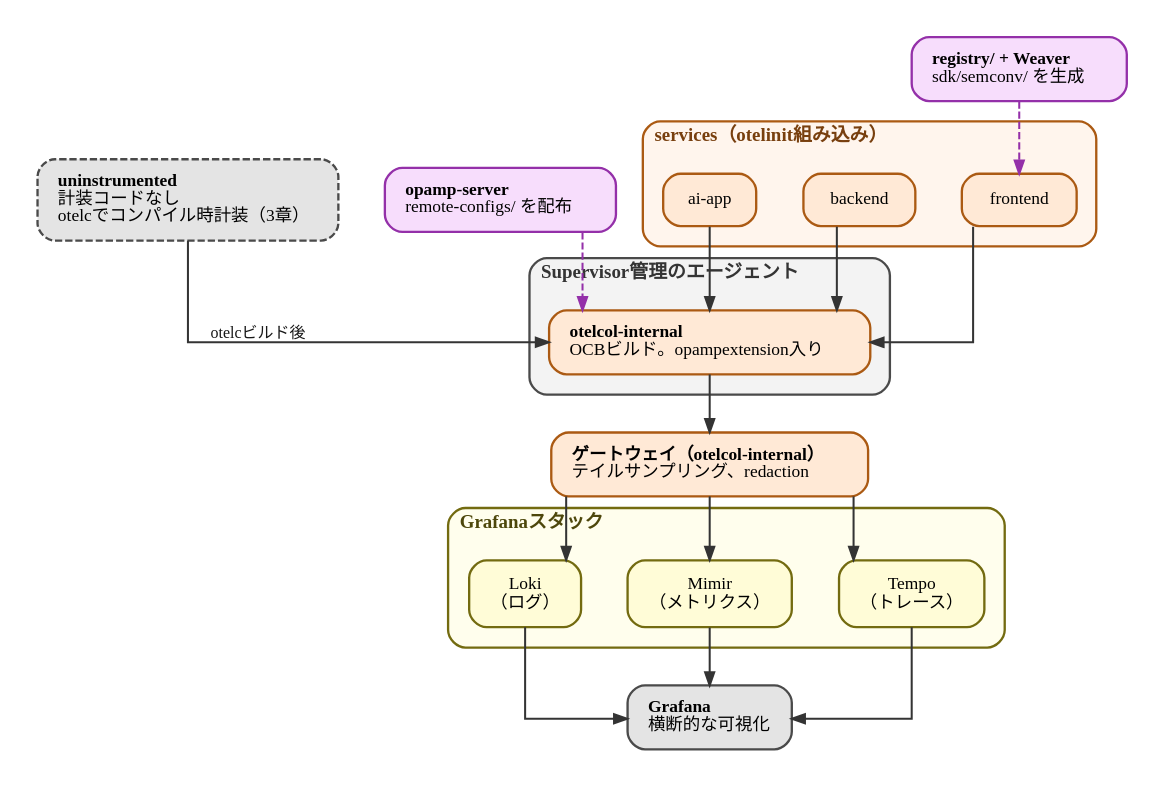
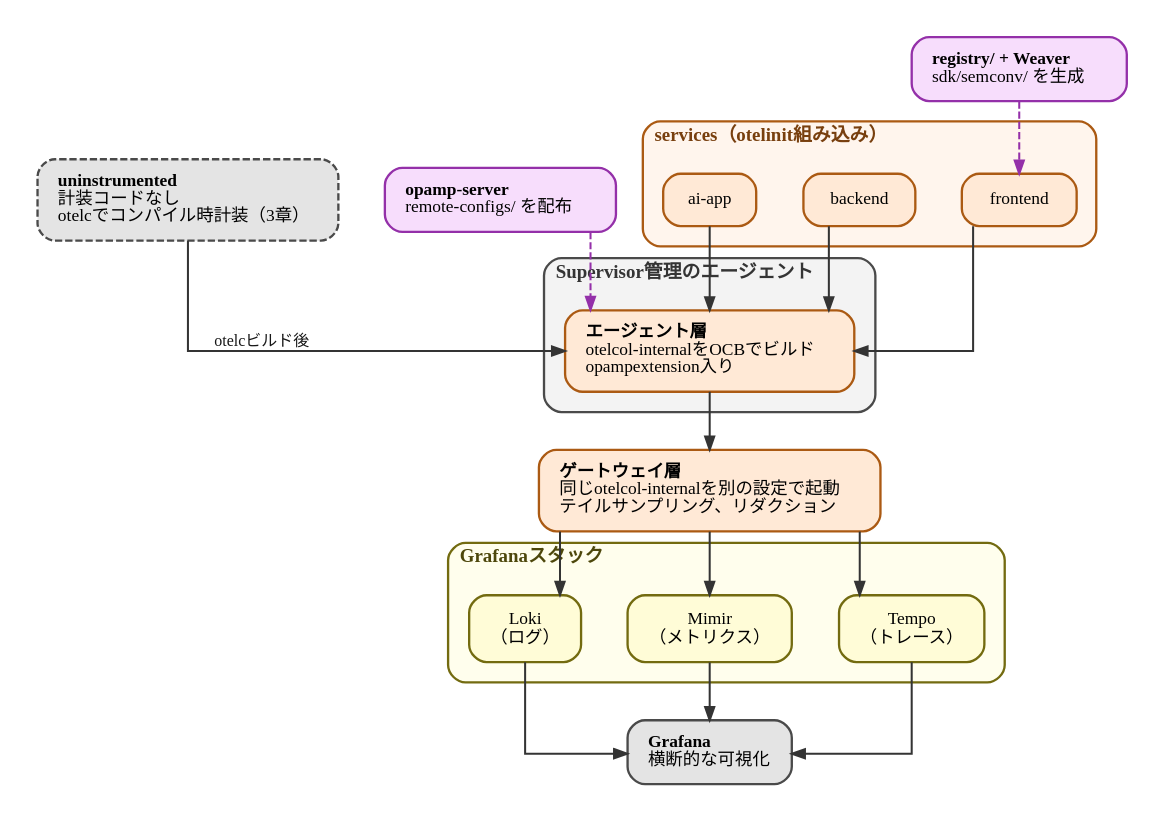
One commit to ymotongpoo/zenn.dev changed the diagram in diagrams/observability-platform-with-otel/20260926-blueprint-overview.dot. Above: the diagram before and after it, drawn with Graphviz. The commit also changed 4 other files, not shown here.

```diff
--- a/diagrams/observability-platform-with-otel/20260926-blueprint-overview.dot
+++ b/diagrams/observability-platform-with-otel/20260926-blueprint-overview.dot
@@ -1,70 +1,70 @@
 // リファレンス実装 otel-platform-blueprint の全体構成
 digraph blueprint_overview {
   graph [
     fontname="IBM Plex Sans JP", fontsize=13,
     rankdir=TB, compound=true, splines=ortho,
     nodesep=0.45, ranksep=0.55, pad=0.25,
     bgcolor="white", newrank=true
   ];
   node [
     fontname="IBM Plex Sans JP", fontsize=12,
     shape=box, style="rounded,filled",
     fillcolor="#E4E4E4", color="#4A4A4A", penwidth=1.6,
     margin="0.2,0.14"
   ];
   edge [
     fontname="IBM Plex Sans JP", fontsize=11,
     color="#343434", penwidth=1.4, arrowsize=0.9,
     fontcolor="#171717"
   ];
 
   subgraph cluster_services {
     label=<<b>services（otelinit組み込み）</b>>;
     labeljust="l"; style="rounded"; penwidth=1.6;
     color="#AB5A13"; bgcolor="#FFF5ED"; fontcolor="#783F0E"; margin=14;
     frontend [label="frontend", fillcolor="#FFE9D6", color="#AB5A13"];
     backendsvc [label="backend", fillcolor="#FFE9D6", color="#AB5A13"];
     aiapp [label="ai-app", fillcolor="#FFE9D6", color="#AB5A13"];
   }
 
   uninstr [label=<<b>uninstrumented</b><br align="left"/>計装コードなし<br align="left"/>otelcでコンパイル時計装（3章）<br align="left"/>>, style="rounded,filled,dashed", fillcolor="#E4E4E4", color="#4A4A4A"];
 
   subgraph cluster_agent {
     label=<<b>Supervisor管理のエージェント</b>>;
     labeljust="l"; style="rounded"; penwidth=1.6;
     color="#4A4A4A"; bgcolor="#F3F3F3"; fontcolor="#343434"; margin=14;
-    agent [label=<<b>otelcol-internal</b><br align="left"/>OCBビルド。opampextension入り<br align="left"/>>, fillcolor="#FFE9D6", color="#AB5A13"];
+    agent [label=<<b>エージェント層</b><br align="left"/>otelcol-internalをOCBでビルド<br align="left"/>opampextension入り<br align="left"/>>, fillcolor="#FFE9D6", color="#AB5A13"];
   }
 
   opamp [label=<<b>opamp-server</b><br align="left"/>remote-configs/ を配布<br align="left"/>>, fillcolor="#F7DDFC", color="#9430A9"];
-  gateway [label=<<b>ゲートウェイ（otelcol-internal）</b><br align="left"/>テイルサンプリング、redaction<br align="left"/>>, fillcolor="#FFE9D6", color="#AB5A13"];
+  gateway [label=<<b>ゲートウェイ層</b><br align="left"/>同じotelcol-internalを別の設定で起動<br align="left"/>テイルサンプリング、リダクション<br align="left"/>>, fillcolor="#FFE9D6", color="#AB5A13"];
 
   subgraph cluster_backend {
     label=<<b>Grafanaスタック</b>>;
     labeljust="l"; style="rounded"; penwidth=1.6;
     color="#736B10"; bgcolor="#FFFEED"; fontcolor="#4D470B"; margin=14;
     tempo [label="Tempo\n（トレース）", fillcolor="#FFFCD7", color="#736B10"];
     mimir [label="Mimir\n（メトリクス）", fillcolor="#FFFCD7", color="#736B10"];
     loki [label="Loki\n（ログ）", fillcolor="#FFFCD7", color="#736B10"];
   }
 
   grafana [label=<<b>Grafana</b><br align="left"/>横断的な可視化<br align="left"/>>];
   weaverreg [label=<<b>registry/ + Weaver</b><br align="left"/>sdk/semconv/ を生成<br align="left"/>>, fillcolor="#F7DDFC", color="#9430A9"];
 
   frontend -> agent;
   backendsvc -> agent;
   aiapp -> agent;
   uninstr -> agent [xlabel=" otelcビルド後"];
   agent -> gateway;
   gateway -> tempo;
   gateway -> mimir;
   gateway -> loki;
   tempo -> grafana;
   mimir -> grafana;
   loki -> grafana;
 
   // 点線の意味（設定と生成物の配布先）はキャプションが述べている。
   // ラベルを置くとクラスタの枠線や矢印の線に乗る。
   opamp -> agent [style=dashed, color="#9430A9", fontcolor="#6A2278"];
   weaverreg -> frontend [style=dashed, color="#9430A9", fontcolor="#6A2278"];
 }
```
